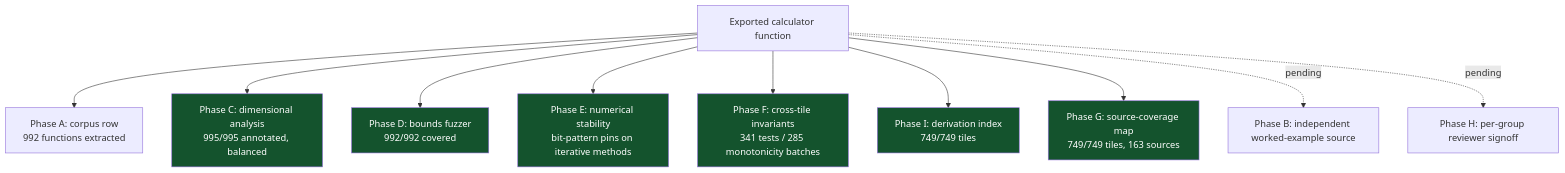
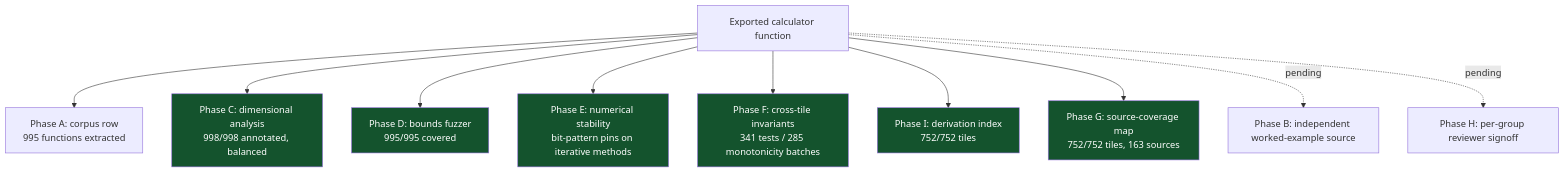
Before and after one commit to clay-good/roughlogic.com: the sixth of 8 diagrams in README.md, drawn with Mermaid. The commit also changed other lines of this file and 19 other files, not shown here.

````diff
--- a/README.md
+++ b/README.md
@@ -519,18 +519,18 @@
 ```mermaid
 flowchart TB
-    F[Exported calculator function] --> A[Phase A: corpus row\n992 functions extracted]
-    F --> C[Phase C: dimensional analysis\n995/995 annotated, balanced]
-    F --> D[Phase D: bounds fuzzer\n992/992 covered]
+    F[Exported calculator function] --> A[Phase A: corpus row\n995 functions extracted]
+    F --> C[Phase C: dimensional analysis\n998/998 annotated, balanced]
+    F --> D[Phase D: bounds fuzzer\n995/995 covered]
     F --> E[Phase E: numerical stability\nbit-pattern pins on iterative methods]
     F --> Fa[Phase F: cross-tile invariants\n341 tests / 285 monotonicity batches]
-    F --> I[Phase I: derivation index\n749/749 tiles]
-    F --> G[Phase G: source-coverage map\n749/749 tiles, 163 sources]
+    F --> I[Phase I: derivation index\n752/752 tiles]
+    F --> G[Phase G: source-coverage map\n752/752 tiles, 163 sources]
     F -.pending.-> B[Phase B: independent worked-example source]
     F -.pending.-> H[Phase H: per-group reviewer signoff]
     style C fill:#14532d,color:#fff
     style D fill:#14532d,color:#fff
     style E fill:#14532d,color:#fff
     style Fa fill:#14532d,color:#fff
     style G fill:#14532d,color:#fff
     style I fill:#14532d,color:#fff
 ```
````
